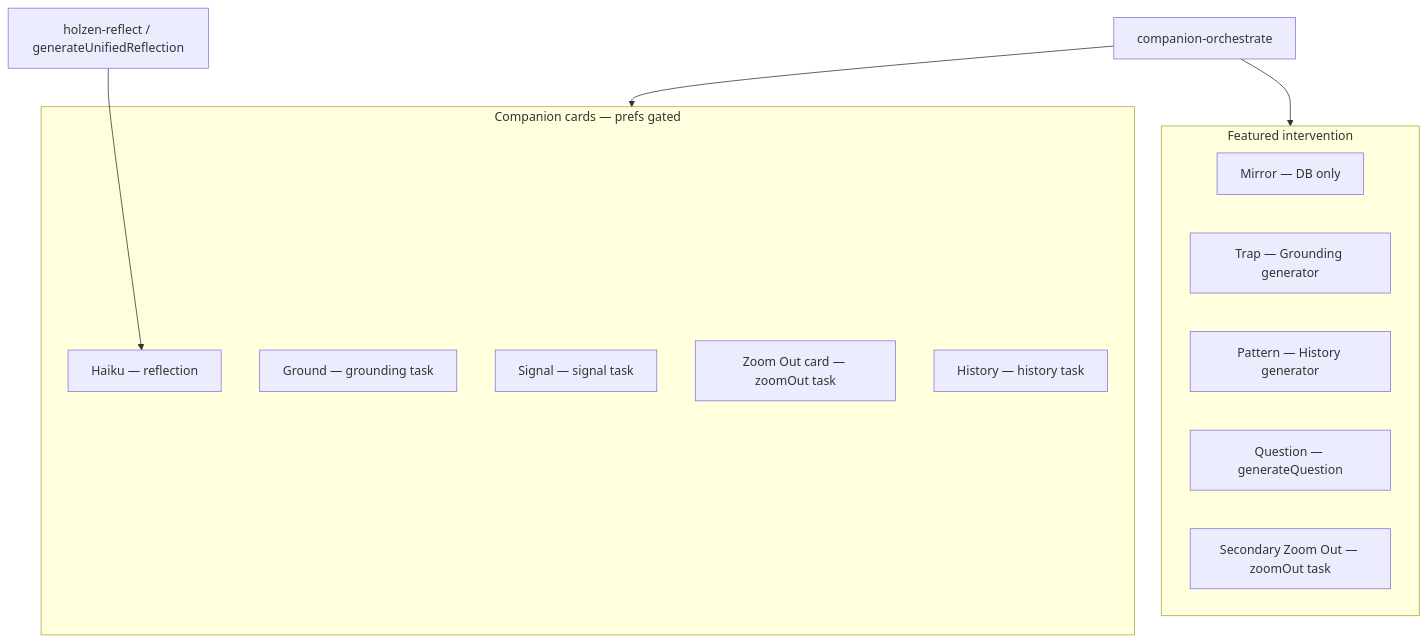
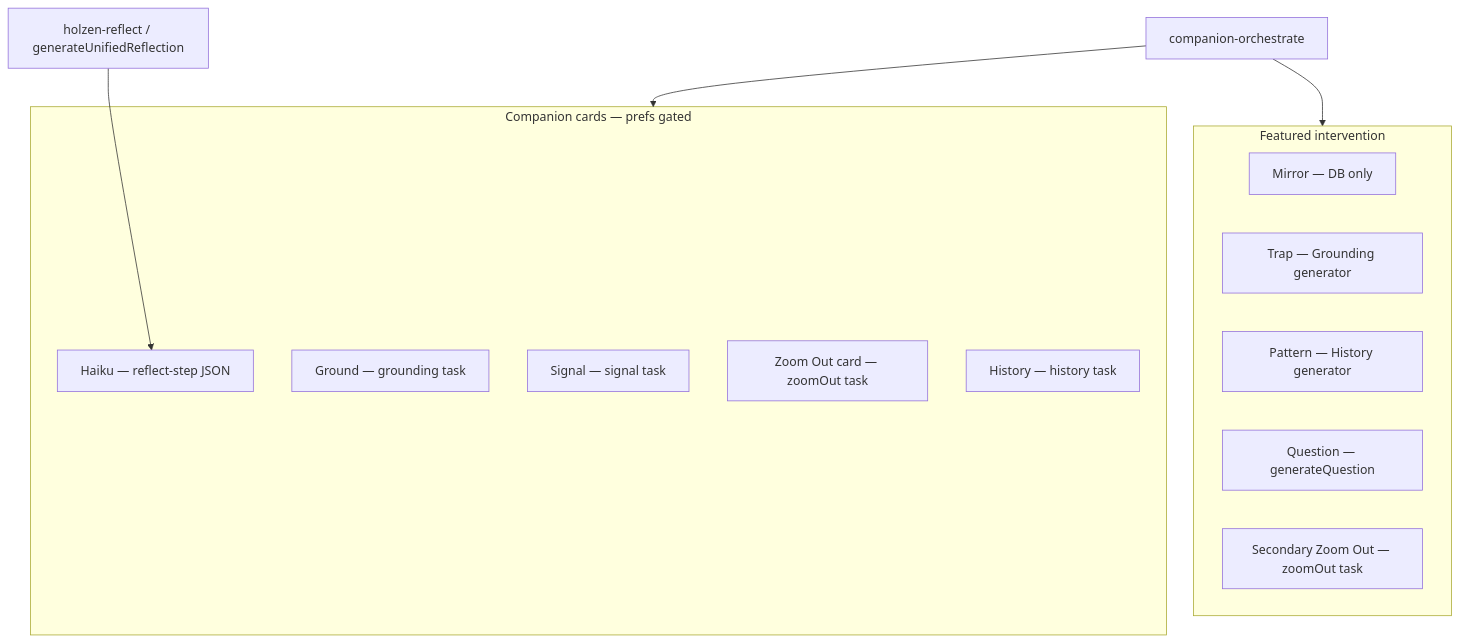
One commit to Angelguirao/holzen changed the fifth of 5 diagrams in docs/systems/pause/ai-powered-pause-system.md. Above: the diagram before and after it, drawn with Mermaid. The commit also changed other lines of this file, not shown here.

````diff
--- a/docs/systems/pause/ai-powered-pause-system.md
+++ b/docs/systems/pause/ai-powered-pause-system.md
@@ -395,22 +391,22 @@
 ```mermaid
 flowchart TB
   subgraph INT [Featured intervention]
     M[Mirror — DB only]
     T[Trap — Grounding generator]
     P[Pattern — History generator]
     Q[Question — generateQuestion]
     Z[Secondary Zoom Out — zoomOut task]
   end
   subgraph CARDS [Companion cards — prefs gated]
-    H[Haiku — reflection]
+    H[Haiku — reflect-step JSON]
     G[Ground — grounding task]
     S[Signal — signal task]
     ZC[Zoom Out card — zoomOut task]
     HI[History — history task]
   end
   ORCH[companion-orchestrate]
   ORCH --> INT
   ORCH --> CARDS
   REF[holzen-reflect / generateUnifiedReflection]
   REF --> H
 ```
````
